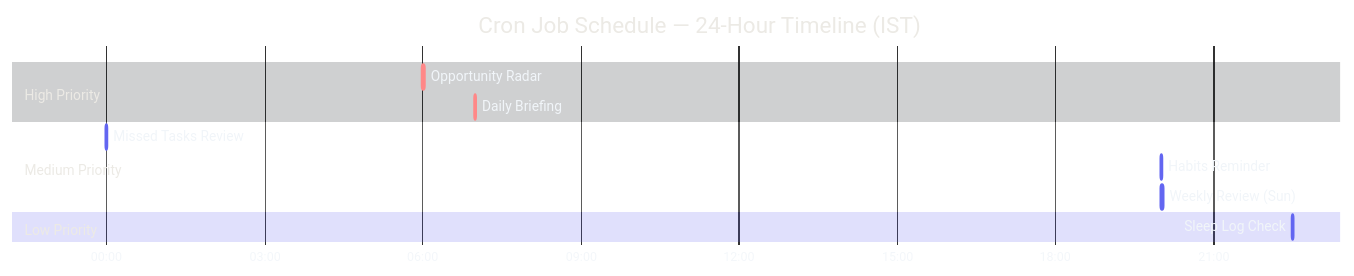
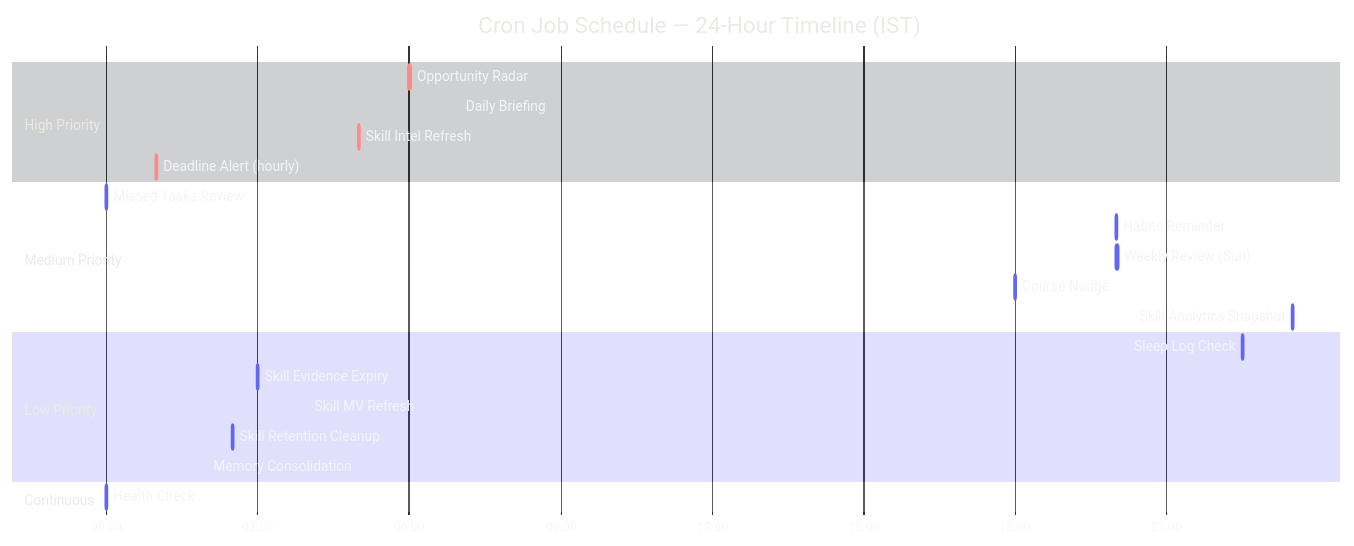
Before and after one commit to rohitkumarnaidu/ARIA-OS---SecondBrain-: the diagram in docs/engineering/CronJobs.md, drawn with Mermaid. The commit also changed other lines of this file and 6 other files, not shown here.

````diff
--- a/docs/engineering/CronJobs.md
+++ b/docs/engineering/CronJobs.md
@@ -86,40 +86,51 @@
 ```mermaid
 %%{
   init: {
     'theme': 'base',
     'themeVariables': {
       'background': '#0A0B0F',
       'primaryColor': '#6366F1',
       'secondaryColor': '#818CF8',
       'tertiaryColor': '#13151A',
       'primaryTextColor': '#F1F5F9',
       'lineColor': '#6366F1',
       'primaryBorderColor': '#6366F1',
       'secondaryBorderColor': '#818CF8',
       'tertiaryBorderColor': '#00FFA3',
       'cScale0': '#6366F1',
       'cScale1': '#818CF8',
       'cScale2': '#00FFA3',
       'cScale3': '#6366F1',
       'cScale4': '#818CF8',
       'cScale5': '#00FFA3'
     }
   }
 }%%
 gantt
     title Cron Job Schedule — 24-Hour Timeline (IST)
     dateFormat HH:mm
     axisFormat %H:%M
 
     section High Priority
-    Opportunity Radar     :crit, radar_scan, 06:00, 2m
-    Daily Briefing        :crit, morning_briefing, 07:00, 1m
+    Opportunity Radar       :crit, radar_scan, 06:00, 2m
+    Daily Briefing          :crit, morning_briefing, 07:00, 1m
+    Skill Intel Refresh     :crit, skill_intel, 05:00, 2m
+    Deadline Alert (hourly) :crit, deadline_alert, 01:00, 1m
 
     section Medium Priority
-    Missed Tasks Review   :missed_tasks_review, 00:00, 1m
-    Habits Reminder       :habits_check, 20:00, 1m
-    Weekly Review (Sun)   :weekly_review, 20:00, 3m
+    Missed Tasks Review     :missed_tasks_review, 00:00, 1m
+    Habits Reminder         :habits_check, 20:00, 1m
+    Weekly Review (Sun)     :weekly_review, 20:00, 3m
+    Course Nudge            :course_nudge, 18:00, 1m
+    Skill Analytics Snapshot :skill_analytics, 23:30, 1m
 
     section Low Priority
-    Sleep Log Check       :sleep_analysis, 22:30, 1m
+    Sleep Log Check         :sleep_analysis, 22:30, 1m
+    Skill Evidence Expiry   :skill_evidence, 03:00, 1m
+    Skill MV Refresh        :skill_mv, 04:00, 1m
+    Skill Retention Cleanup :skill_retention, 02:30, 1m
+    Memory Consolidation    :memory_consolidation, 02:00, 1m
+
+    section Continuous
+    Health Check            :health_check, 00:00, 1m
 ```
````
